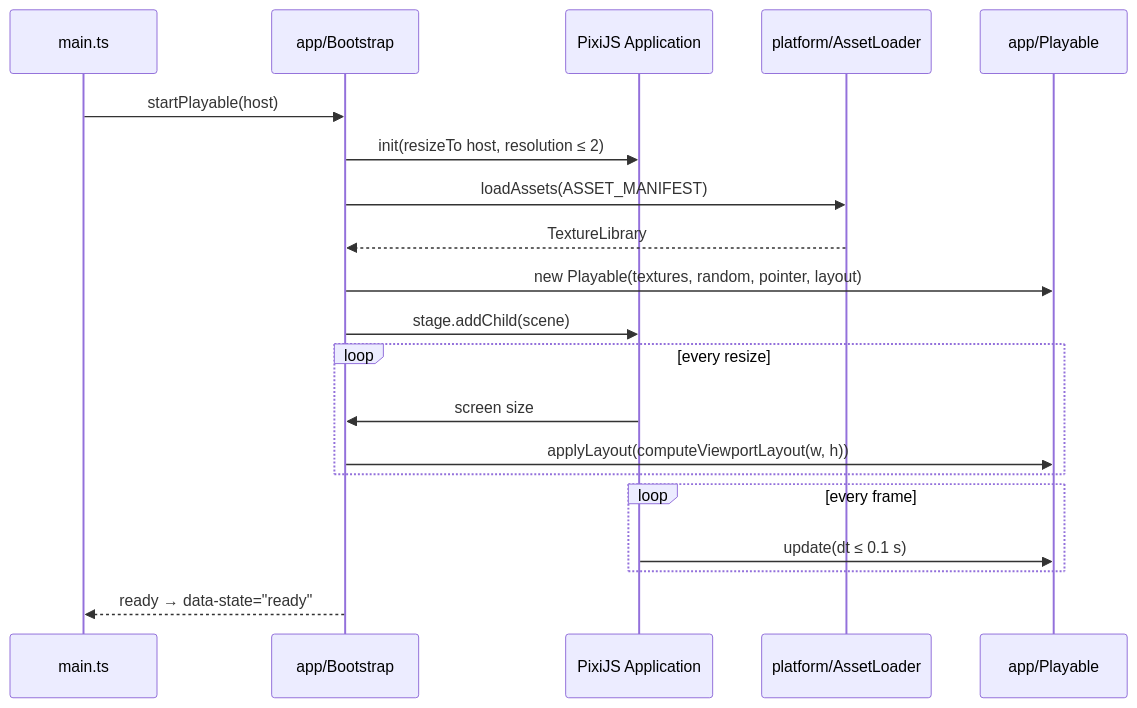
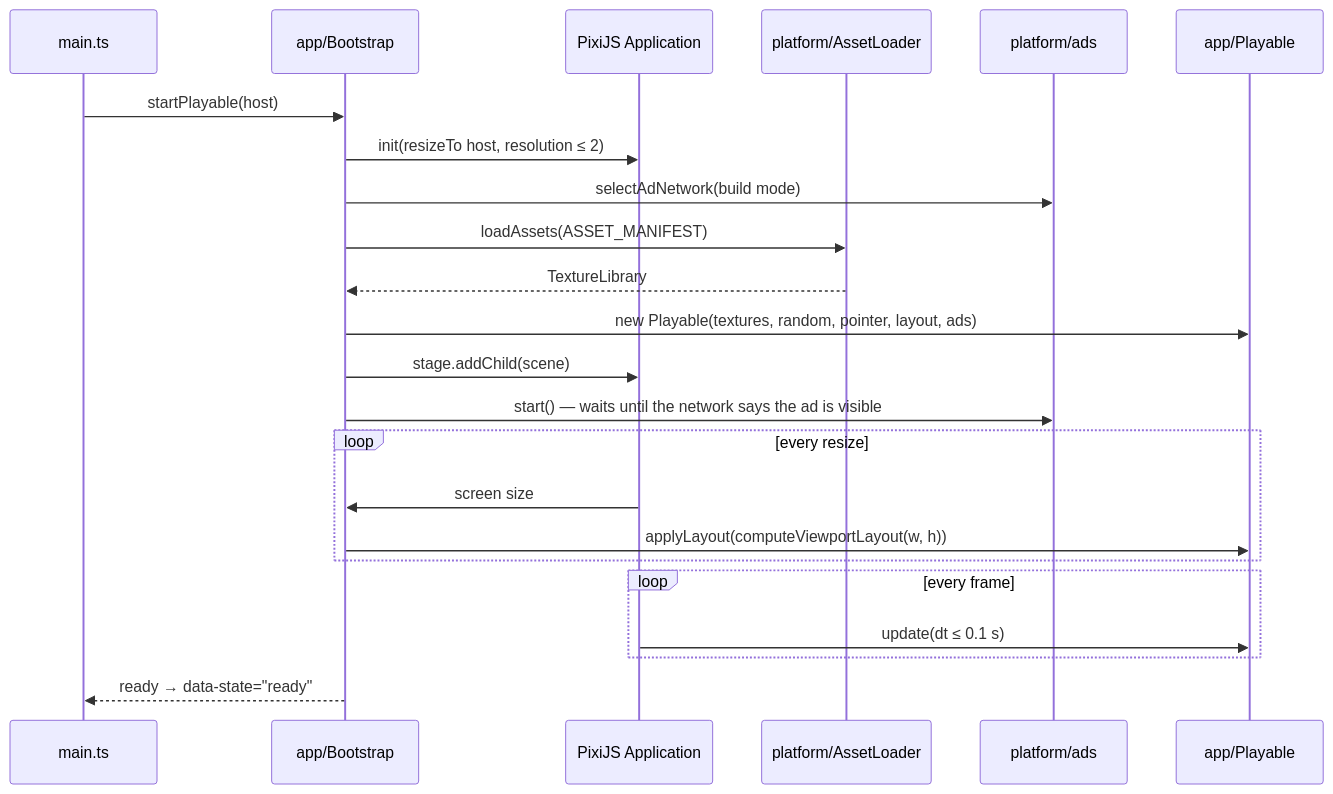
The third of 8 diagrams in README.md (sburdenko/bub-playables-pixi), drawn with Mermaid before and after one commit. The commit also changed other lines of this file and 3 other files, not shown here.

````diff
--- a/README.md
+++ b/README.md
@@ -98,23 +104,26 @@
 ```mermaid
 sequenceDiagram
     participant Main as main.ts
     participant Boot as app/Bootstrap
     participant Pixi as PixiJS Application
     participant Loader as platform/AssetLoader
+    participant Ads as platform/ads
     participant Game as app/Playable
 
     Main->>Boot: startPlayable(host)
     Boot->>Pixi: init(resizeTo host, resolution ≤ 2)
+    Boot->>Ads: selectAdNetwork(build mode)
     Boot->>Loader: loadAssets(ASSET_MANIFEST)
     Loader-->>Boot: TextureLibrary
-    Boot->>Game: new Playable(textures, random, pointer, layout)
+    Boot->>Game: new Playable(textures, random, pointer, layout, ads)
     Boot->>Pixi: stage.addChild(scene)
+    Boot->>Ads: start() — waits until the network says the ad is visible
     loop every resize
         Pixi->>Boot: screen size
         Boot->>Game: applyLayout(computeViewportLayout(w, h))
     end
     loop every frame
         Pixi->>Game: update(dt ≤ 0.1 s)
     end
     Boot-->>Main: ready → data-state="ready"
 ```
````
